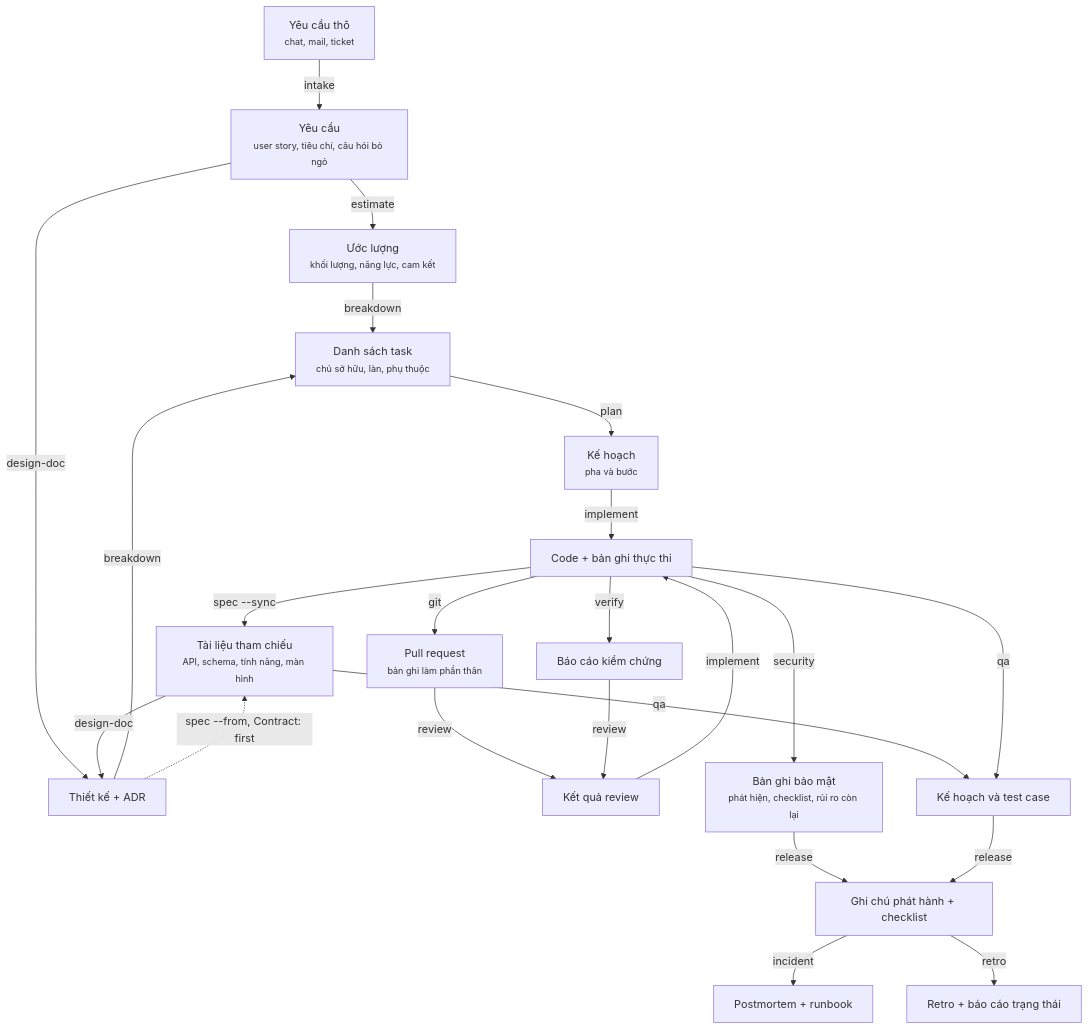
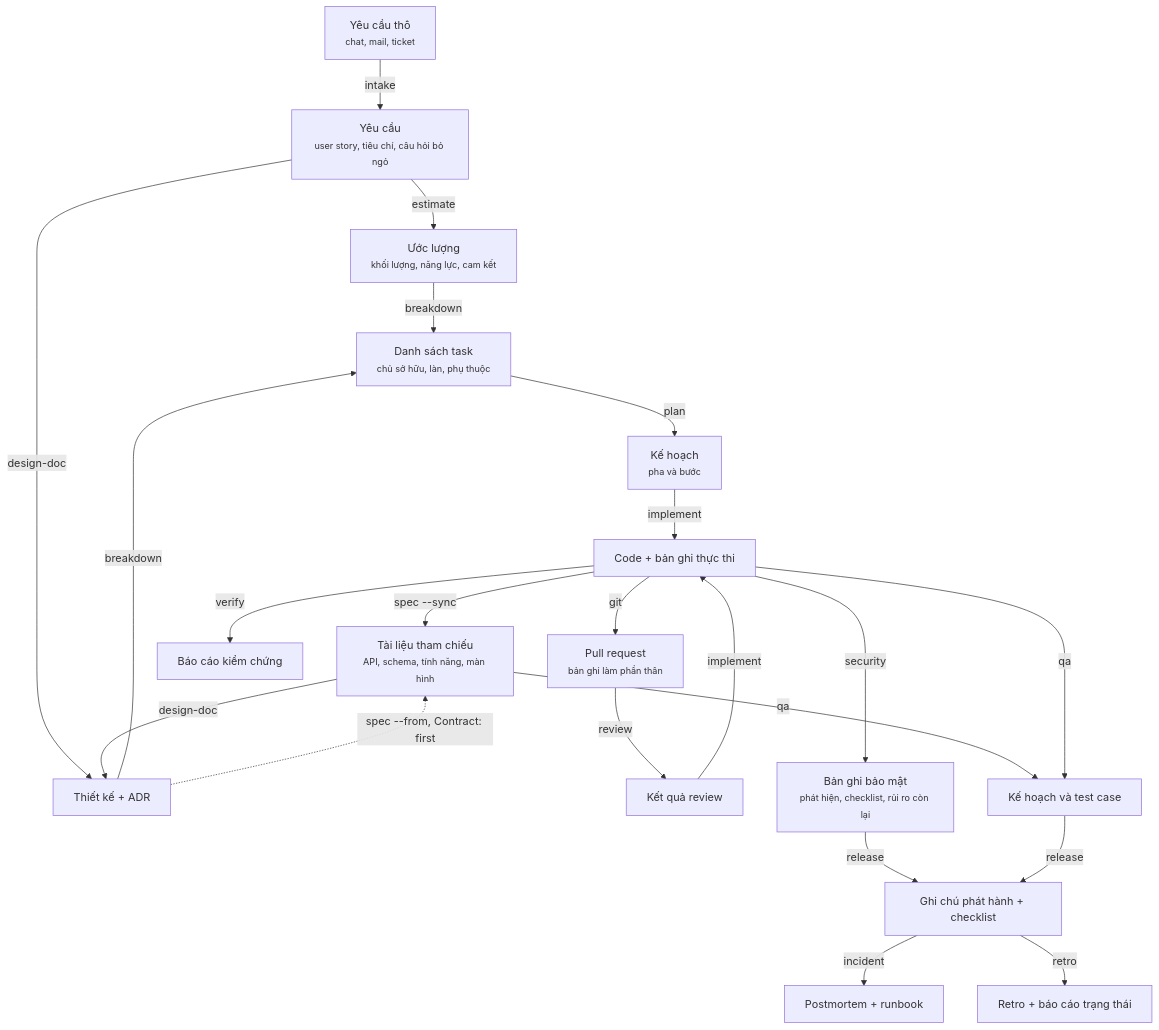
The diagram in docs/vi/flow/skill-chain.md (lamngockhuong/aiteamkit), drawn with Mermaid before and after one commit. The commit also changed other lines of this file and 5 other files, not shown here.

````diff
--- a/docs/vi/flow/skill-chain.md
+++ b/docs/vi/flow/skill-chain.md
@@ -14,42 +14,41 @@
 ```mermaid
 flowchart TD
     A0["Yêu cầu thô<br/><small>chat, mail, ticket</small>"]
     A1["Yêu cầu<br/><small>user story, tiêu chí, câu hỏi bỏ ngỏ</small>"]
     A2["Ước lượng<br/><small>khối lượng, năng lực, cam kết</small>"]
     A3["Thiết kế + ADR"]
     A3b["Tài liệu tham chiếu<br/><small>API, schema, tính năng, màn hình</small>"]
     A4["Danh sách task<br/><small>chủ sở hữu, làn, phụ thuộc</small>"]
     A5["Kế hoạch<br/><small>pha và bước</small>"]
     A6["Code + bản ghi thực thi"]
     A6b["Pull request<br/><small>bản ghi làm phần thân</small>"]
     A7["Kết quả review"]
     A8["Kế hoạch và test case"]
     A9["Báo cáo kiểm chứng"]
     A9b["Bản ghi bảo mật<br/><small>phát hiện, checklist, rủi ro còn lại</small>"]
     A10["Ghi chú phát hành + checklist"]
     A11["Postmortem + runbook"]
     A12["Retro + báo cáo trạng thái"]
 
     A0 -->|intake| A1
     A1 -->|estimate| A2
     A1 -->|design-doc| A3
     A2 -->|breakdown| A4
     A3 -->|breakdown| A4
     A3b -->|design-doc| A3
     A4 -->|plan| A5
     A5 -->|implement| A6
     A6 -->|git| A6b
     A6b -->|review| A7
     A7 -->|implement| A6
     A6 -->|spec --sync| A3b
     A3 -.->|spec --from, Contract: first| A3b
     A3b -->|qa| A8
     A6 -->|qa| A8
     A6 -->|verify| A9
-    A9 -->|review| A7
     A6 -->|security| A9b
     A9b -->|release| A10
     A8 -->|release| A10
     A10 -->|incident| A11
     A10 -->|retro| A12
 ```
````
